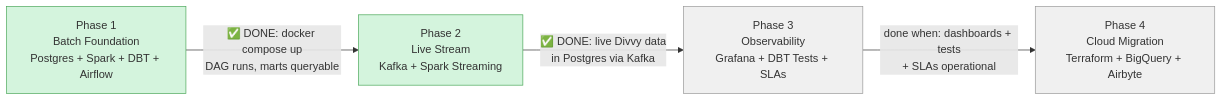
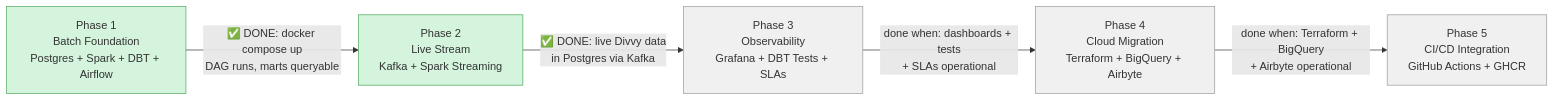
The third of 3 diagrams in README.md (SagarMarthandan/chicago-data-pipeline), drawn with Mermaid before and after one commit. The commit also changed other lines of this file and 3 other files, not shown here.

Commit message:
v18.1 phase 5 CICD plan integration

````diff
--- a/README.md
+++ b/README.md
@@ -83,16 +84,19 @@
 ```mermaid
 graph LR
     P1["Phase 1<br/>Batch Foundation<br/>Postgres + Spark + DBT + Airflow"]
     P2["Phase 2<br/>Live Stream<br/>Kafka + Spark Streaming"]
     P3["Phase 3<br/>Observability<br/>Grafana + DBT Tests + SLAs"]
     P4["Phase 4<br/>Cloud Migration<br/>Terraform + BigQuery + Airbyte"]
+    P5["Phase 5<br/>CI/CD Integration<br/>GitHub Actions + GHCR"]
 
     P1 -->|"✅ DONE: docker compose up<br/>DAG runs, marts queryable"| P2
     P2 -->|"✅ DONE: live Divvy data<br/>in Postgres via Kafka"| P3
     P3 -->|"done when: dashboards + tests<br>+ SLAs operational"| P4
+    P4 -->|"done when: Terraform + BigQuery<br>+ Airbyte operational"| P5
 
     style P1 fill:#d4f4dd,stroke:#4ca85a
     style P2 fill:#d4f4dd,stroke:#4ca85a
     style P3 fill:#f0f0f0,stroke:#999
     style P4 fill:#f0f0f0,stroke:#999
+    style P5 fill:#f0f0f0,stroke:#999
 ```
````
